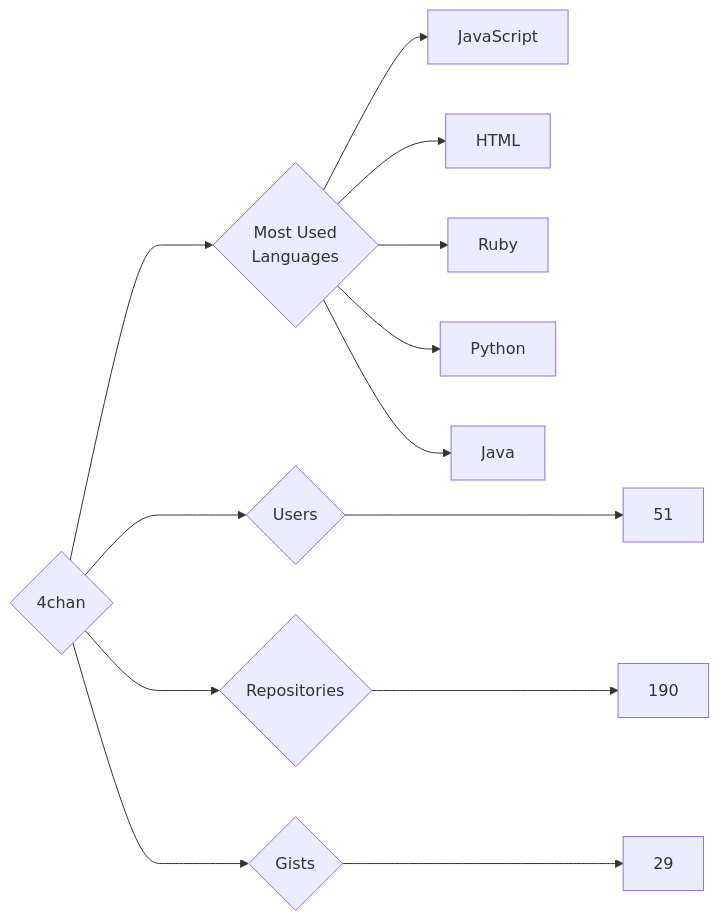
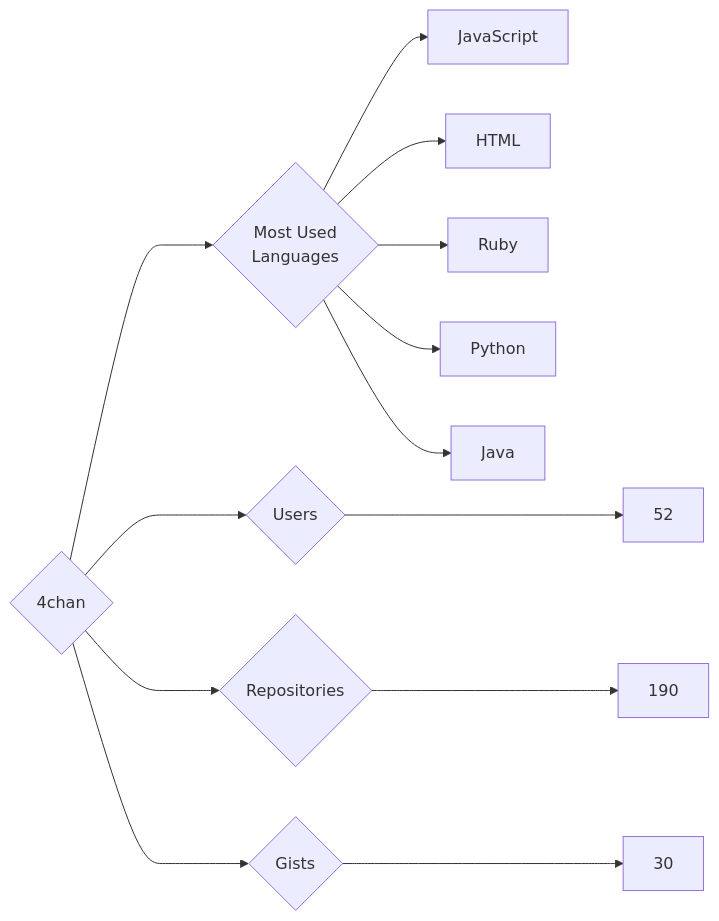
The diagram in targets/4chan/README.md (trickest/insiders), drawn with Mermaid before and after one commit. The commit also changed 985 other files, not shown here.

````diff
--- a/targets/4chan/README.md
+++ b/targets/4chan/README.md
@@ -3,13 +3,13 @@
 ```mermaid
 graph LR
 COMPANY_NAME{4chan}
-COMPANY_NAME ---> U{Users} ---> UN[51]
+COMPANY_NAME ---> U{Users} ---> UN[52]
 COMPANY_NAME ---> R{Repositories} ---> RN[190]
-COMPANY_NAME ---> G{Gists} ---> GN[29]
+COMPANY_NAME ---> G{Gists} ---> GN[30]
 COMPANY_NAME ---> ML{Most Used<br>Languages}
 ML --> JavaScript[JavaScript]
 ML --> HTML[HTML]
 ML --> Ruby[Ruby]
 ML --> Python[Python]
 ML --> Java[Java]
 ```
````
